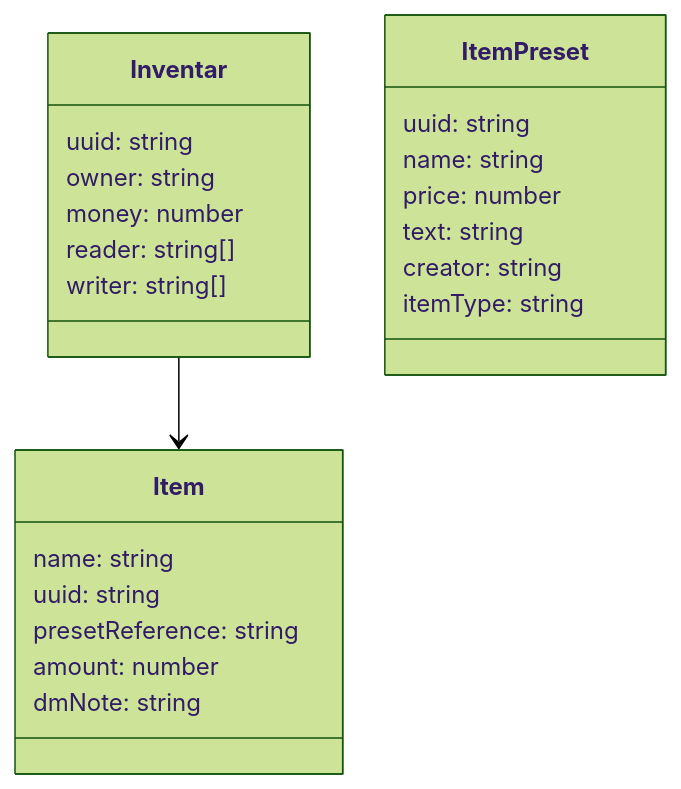
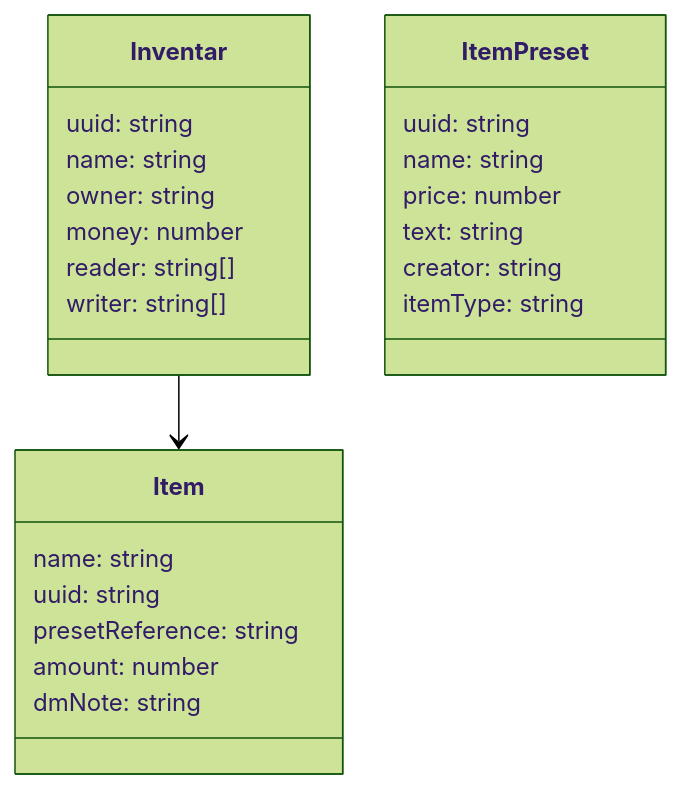
The diagram in README.md (NamelessGroup/InventarWerk), drawn with Mermaid (forest theme) before and after one commit.

````diff
--- a/README.md
+++ b/README.md
@@ -15,29 +15,30 @@
 ```mermaid
 classDiagram
     class Inventar {
         uuid: string
+        name: string
         owner: string
         money: number
         reader: string[]
         writer: string[]
     }
 
     class ItemPreset {
         uuid: string
         name: string
         price: number
         text: string
         creator: string
         itemType: string
     }
 
     class Item {
         name: string
         uuid: string
         presetReference: string
         amount: number
         dmNote: string
     }
 
     Inventar --> Item
 ```
````
